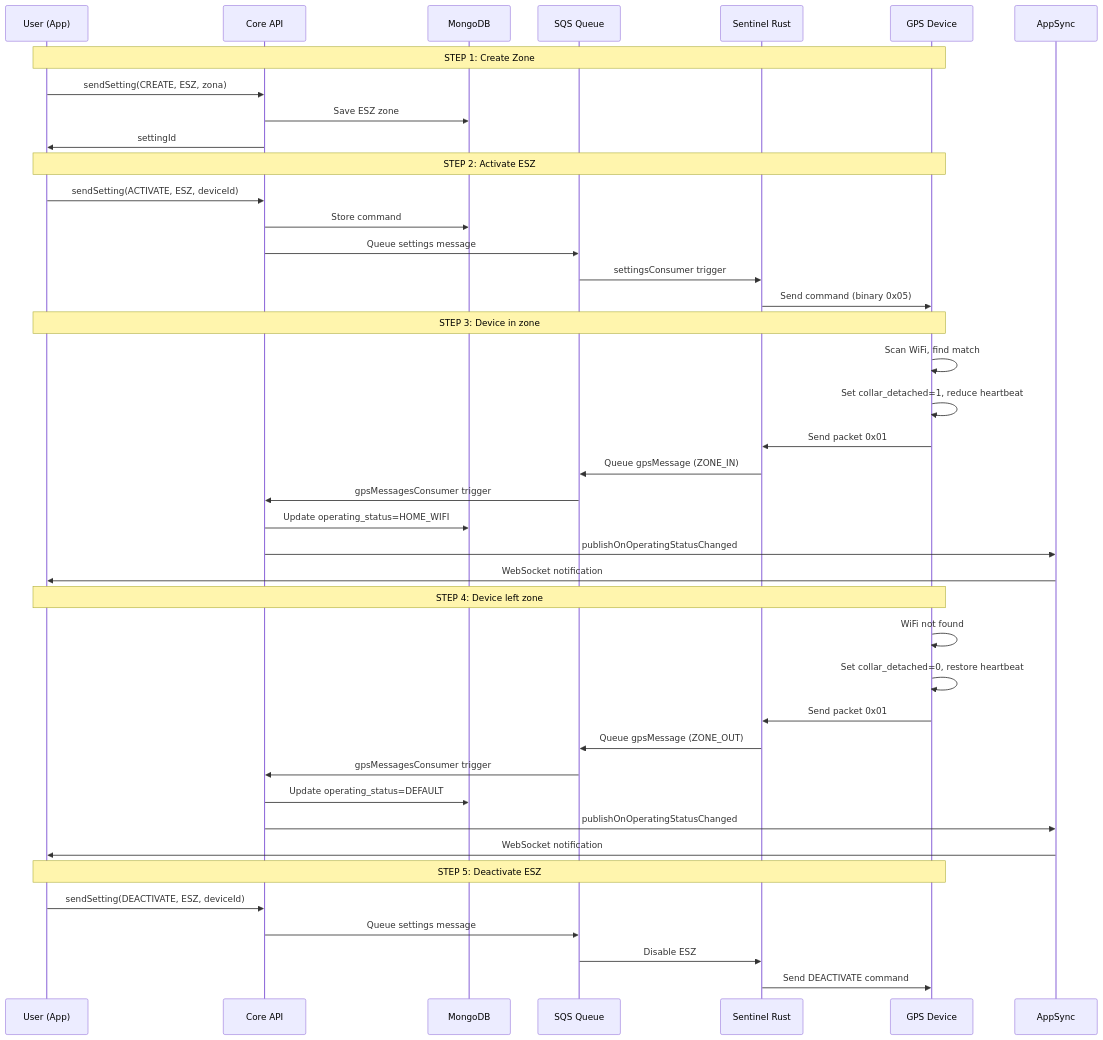
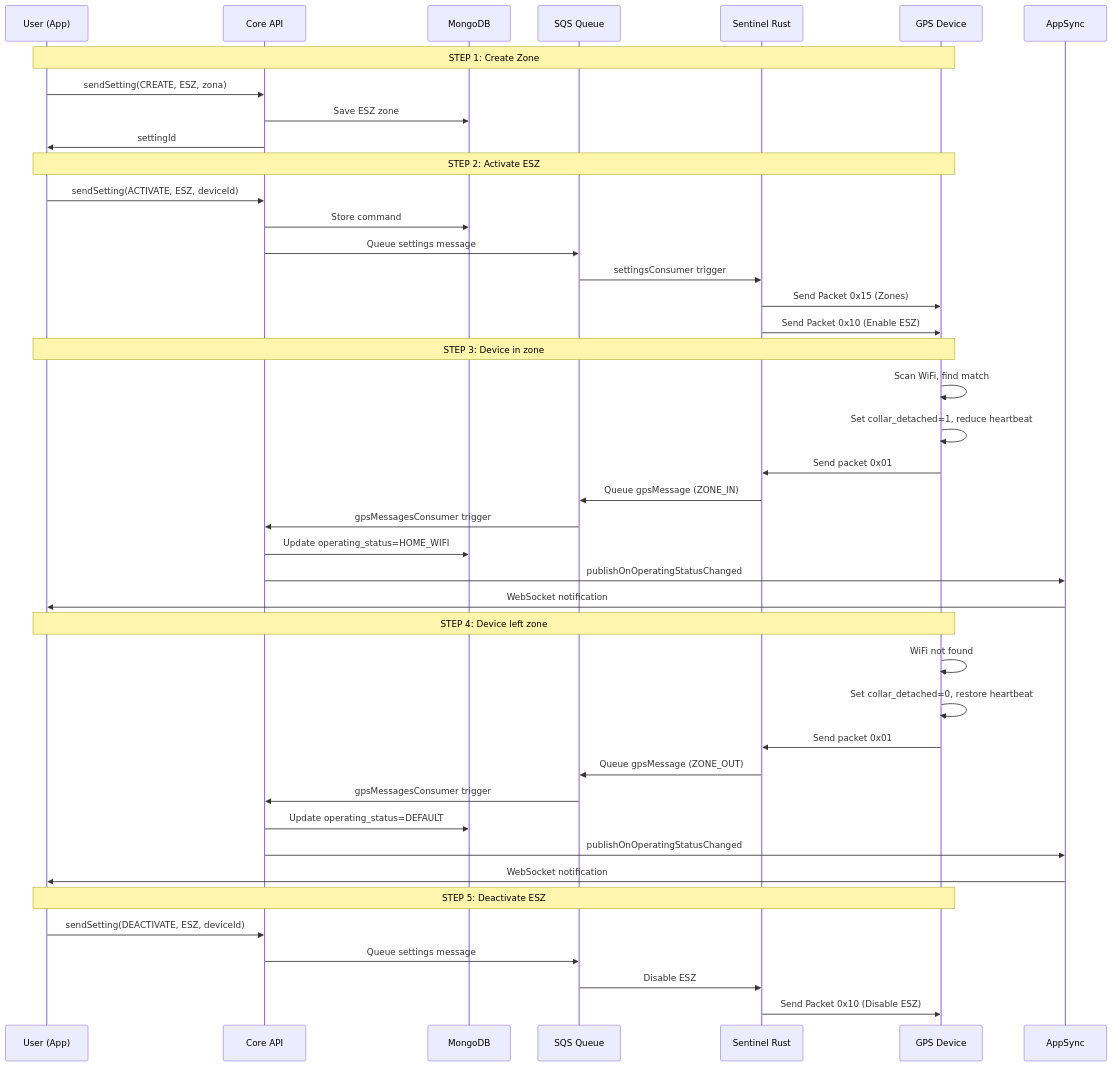
One commit to DatamarsSA/petlink-everywhere-test changed the diagram in docs/modes/mode-energy-saving-zone.md. Above: the diagram before and after it, drawn with Mermaid. The commit also changed other lines of this file and 1 other file, not shown here.

````diff
--- a/docs/modes/mode-energy-saving-zone.md
+++ b/docs/modes/mode-energy-saving-zone.md
@@ -361,50 +365,51 @@
 ```mermaid
 sequenceDiagram
     participant User as User (App)
     participant Core as Core API
     participant DB as MongoDB
     participant SQS as SQS Queue
     participant Sentinel as Sentinel Rust
     participant Device as GPS Device
     participant AppSync as AppSync
 
     Note over User,Device: STEP 1: Create Zone
     User->>Core: sendSetting(CREATE, ESZ, zona)
     Core->>DB: Save ESZ zone
     Core->>User: settingId
 
     Note over User,Device: STEP 2: Activate ESZ
     User->>Core: sendSetting(ACTIVATE, ESZ, deviceId)
     Core->>DB: Store command
     Core->>SQS: Queue settings message
     SQS->>Sentinel: settingsConsumer trigger
-    Sentinel->>Device: Send command (binary 0x05)
+    Sentinel->>Device: Send Packet 0x15 (Zones)
+    Sentinel->>Device: Send Packet 0x10 (Enable ESZ)
 
     Note over User,Device: STEP 3: Device in zone
     Device->>Device: Scan WiFi, find match
     Device->>Device: Set collar_detached=1, reduce heartbeat
     Device->>Sentinel: Send packet 0x01
 
     Sentinel->>SQS: Queue gpsMessage (ZONE_IN)
     SQS->>Core: gpsMessagesConsumer trigger
     Core->>DB: Update operating_status=HOME_WIFI
     Core->>AppSync: publishOnOperatingStatusChanged
     AppSync->>User: WebSocket notification
 
     Note over User,Device: STEP 4: Device left zone
     Device->>Device: WiFi not found
     Device->>Device: Set collar_detached=0, restore heartbeat
     Device->>Sentinel: Send packet 0x01
 
     Sentinel->>SQS: Queue gpsMessage (ZONE_OUT)
     SQS->>Core: gpsMessagesConsumer trigger
     Core->>DB: Update operating_status=DEFAULT
     Core->>AppSync: publishOnOperatingStatusChanged
     AppSync->>User: WebSocket notification
 
     Note over User,Device: STEP 5: Deactivate ESZ
     User->>Core: sendSetting(DEACTIVATE, ESZ, deviceId)
     Core->>SQS: Queue settings message
     SQS->>Sentinel: Disable ESZ
-    Sentinel->>Device: Send DEACTIVATE command
+    Sentinel->>Device: Send Packet 0x10 (Disable ESZ)
 ```
````
